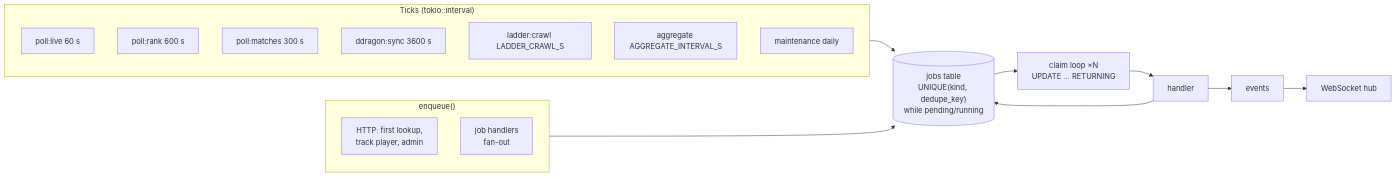
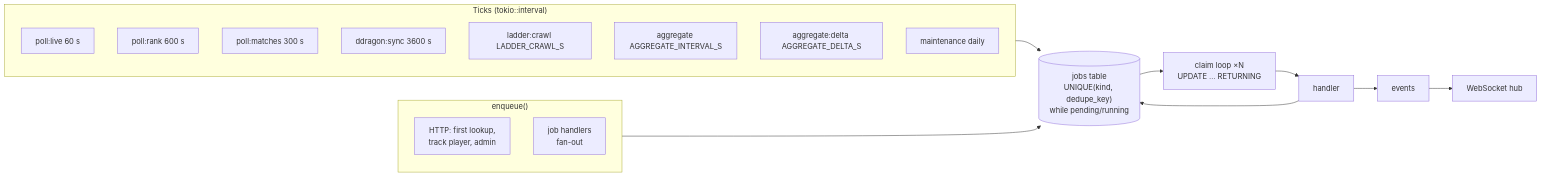
One commit to NinjaGoldfinch/riot-proxy changed the first of 3 diagrams in docs/design/06-jobs-and-realtime.md. Above: the diagram before and after it, drawn with Mermaid. The commit also changed other lines of this file and 87 other files, not shown here.

First line of the commit message:
feat(analytics): aggregate:delta adds uncounted matches in short transactions (THR-03) (#233)

````diff
--- a/docs/design/06-jobs-and-realtime.md
+++ b/docs/design/06-jobs-and-realtime.md
@@ -11,22 +11,23 @@
 ```mermaid
 flowchart LR
     subgraph ticks["Ticks (tokio::interval)"]
         t1[poll:live 60 s]
         t2[poll:rank 600 s]
         t3[poll:matches 300 s]
         t4[ddragon:sync 3600 s]
         t5[ladder:crawl LADDER_CRAWL_S]
         t6[aggregate AGGREGATE_INTERVAL_S]
+        t8[aggregate:delta AGGREGATE_DELTA_S]
         t7[maintenance daily]
     end
     subgraph enq["enqueue()"]
         api[HTTP: first lookup,<br/>track player, admin]
         handlers[job handlers<br/>fan-out]
     end
     ticks --> tbl
     enq --> tbl
     tbl[("jobs table<br/>UNIQUE(kind, dedupe_key)<br/>while pending/running")]
     tbl --> claim["claim loop ×N<br/>UPDATE … RETURNING"]
     claim --> run[handler] --> tbl
     run --> ev[events] --> ws[WebSocket hub]
 ```
````
